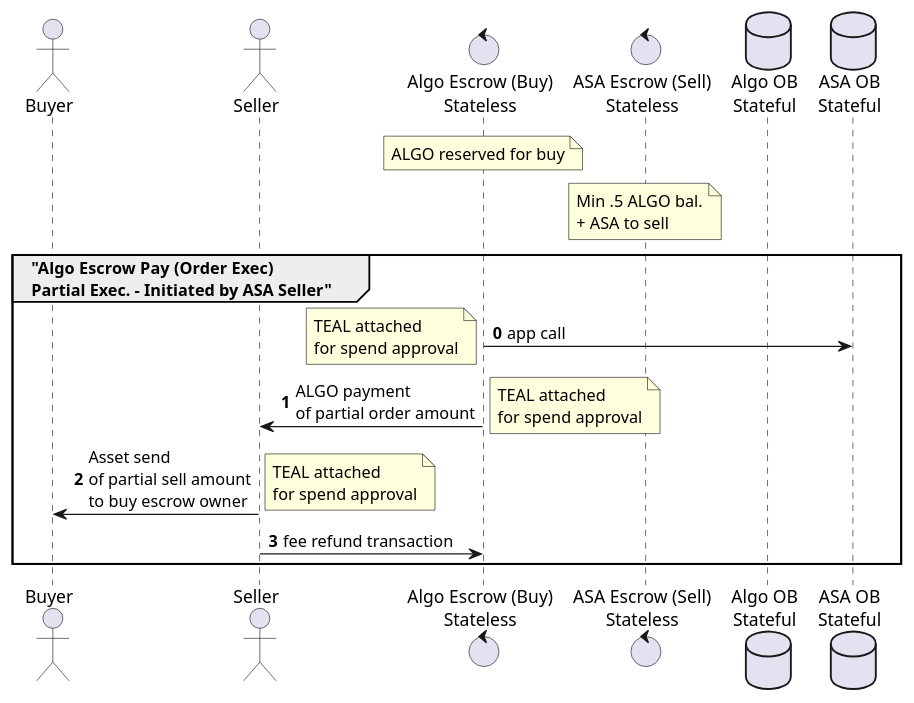
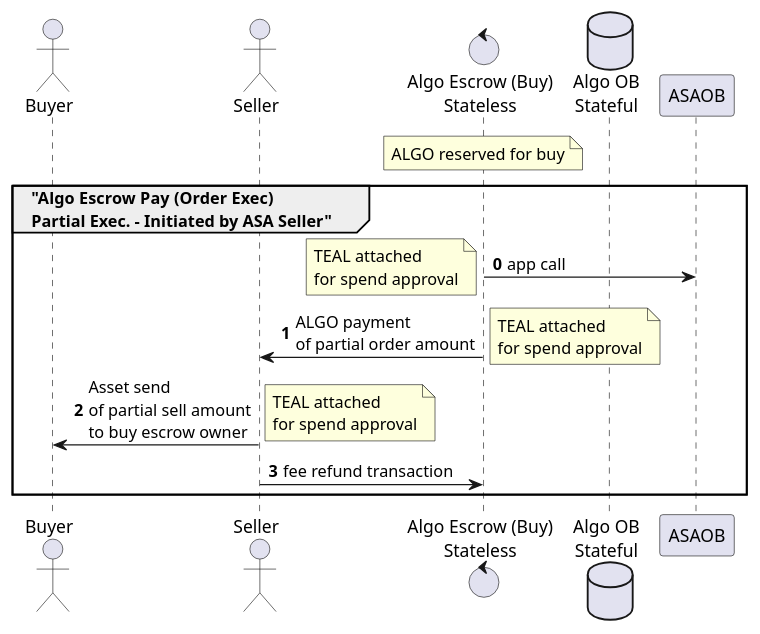
Before and after one commit to algodex/algodex-architecture: the diagram in diagrams/algo_escrow_execute_partial.puml, drawn with PlantUML. The commit also changed 15 other files, not shown here.

Commit message:
Update diagrams

```diff
--- a/diagrams/algo_escrow_execute_partial.puml
+++ b/diagrams/algo_escrow_execute_partial.puml
@@ -1,22 +1,19 @@
 @startuml
 actor Buyer
 actor Seller
 control "Algo Escrow (Buy)\nStateless" as AlgoEscrow
-control "ASA Escrow (Sell)\nStateless" as ASAEscrow
 database "Algo OB\nStateful" as AlgoOB
-database "ASA OB\nStateful" as ASAOB
 note over AlgoEscrow: ALGO reserved for buy
-note over ASAEscrow: Min .5 ALGO bal.\n+ ASA to sell
 
 group "Algo Escrow Pay (Order Exec)\nPartial Exec. - Initiated by ASA Seller"
 autonumber 0
 AlgoEscrow -> ASAOB: app call
 note left: TEAL attached\nfor spend approval
 AlgoEscrow -> Seller: ALGO payment\nof partial order amount
 note right: TEAL attached\nfor spend approval
 Seller -> Buyer: Asset send\nof partial sell amount\nto buy escrow owner
 note right: TEAL attached\nfor spend approval
 Seller -> AlgoEscrow: fee refund transaction
 end
 
 @enduml
```
